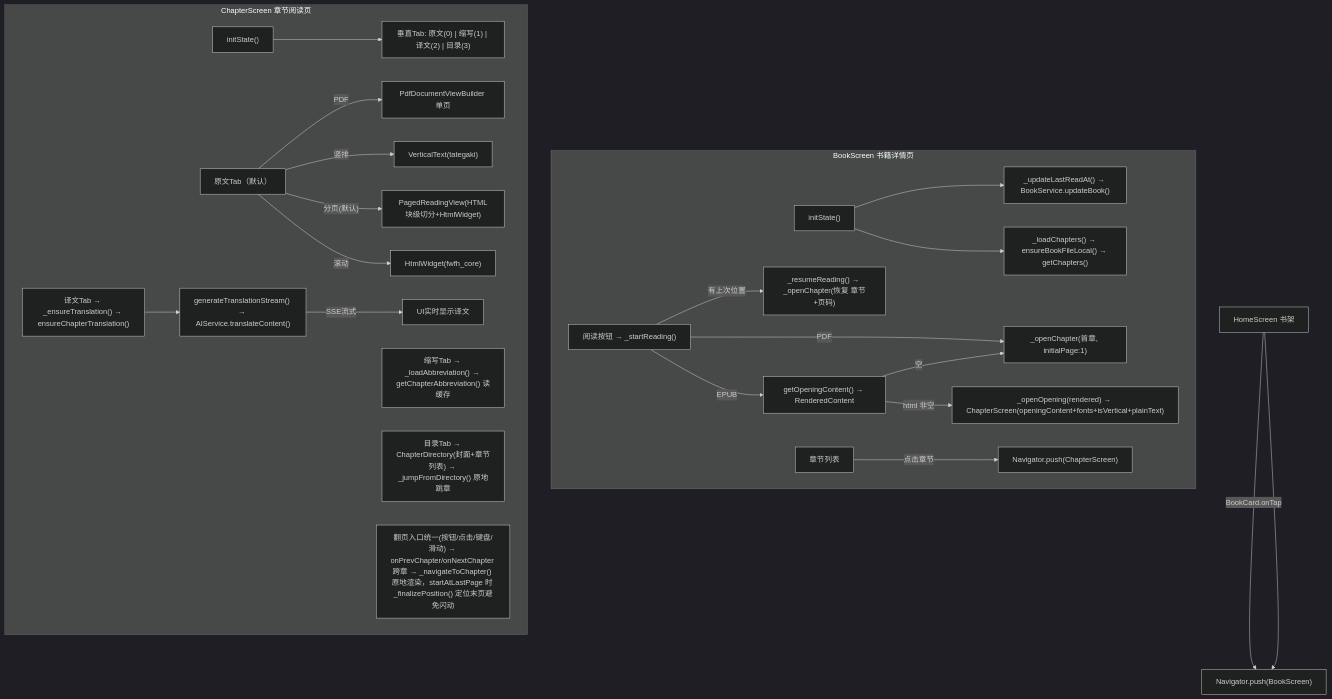
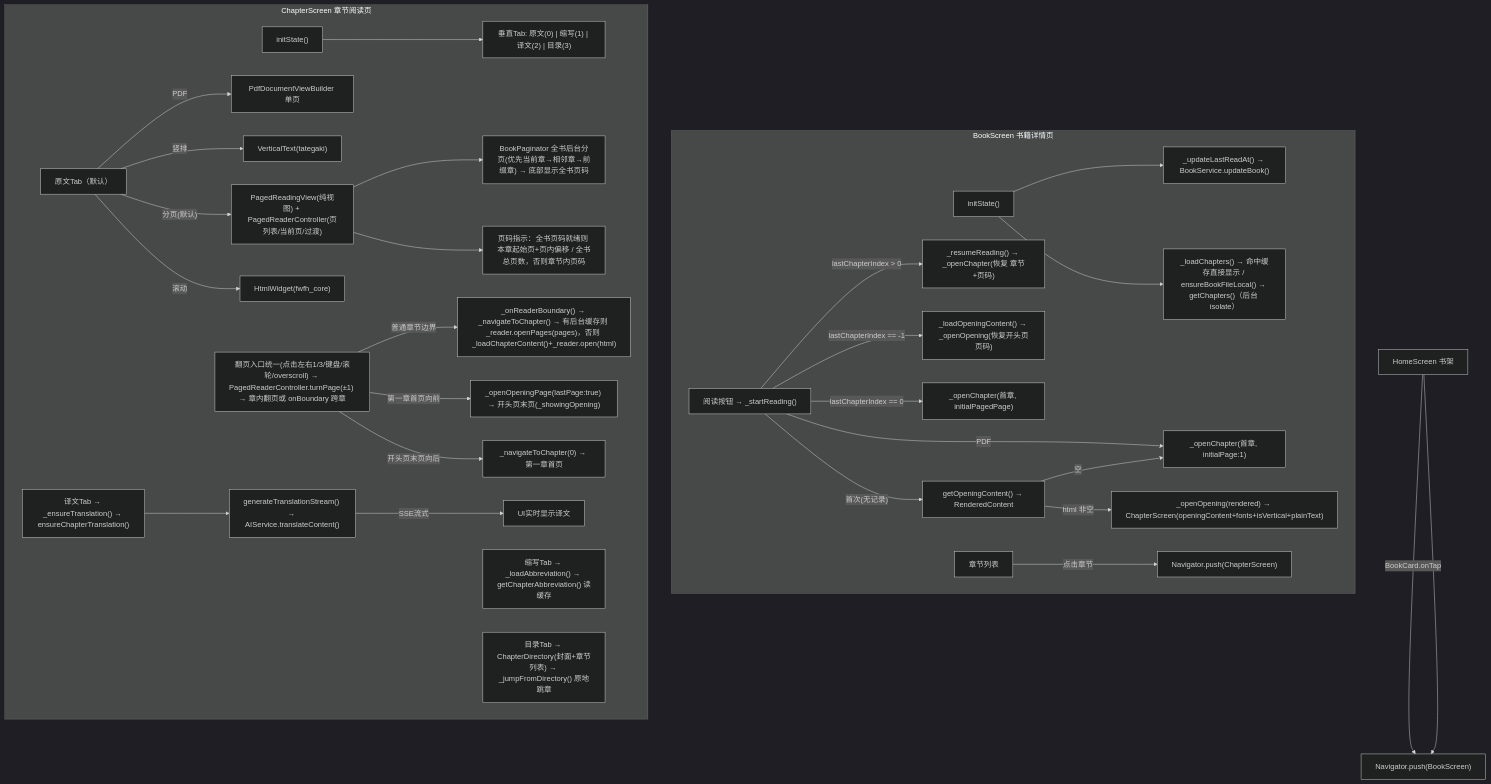
Before and after one commit to jjzhang2000/zhidu: the third of 11 diagrams in docs/function_call_relationships_visual.md, drawn with Mermaid (dark theme). The commit also changed other lines of this file and 27 other files, not shown here.

````diff
--- a/docs/function_call_relationships_visual.md
+++ b/docs/function_call_relationships_visual.md
@@ -156,34 +156,41 @@
 ```mermaid
 flowchart TD
     HOME["HomeScreen 书架"] --> |"BookCard.onTap"| BOOK_SCREEN["Navigator.push(BookScreen)"]
 
     subgraph "BookScreen 书籍详情页"
         BS_INIT["initState()"] --> LU["_updateLastReadAt() → BookService.updateBook()"]
-        BS_INIT --> EL["_loadChapters() → ensureBookFileLocal() → getChapters()"]
+        BS_INIT --> EL["_loadChapters() → 命中缓存直接显示 / ensureBookFileLocal() → getChapters()（后台 isolate）"]
         READ["阅读按钮 → _startReading()"]
-        READ --> |"有上次位置"| RESUME["_resumeReading() → _openChapter(恢复 章节+页码)"]
+        READ --> |"lastChapterIndex > 0"| RESUME["_resumeReading() → _openChapter(恢复 章节+页码)"]
+        READ --> |"lastChapterIndex == -1"| OPEN_RESUME["_loadOpeningContent() → _openOpening(恢复开头页页码)"]
+        READ --> |"lastChapterIndex == 0"| FIRST["_openChapter(首章, initialPagedPage)"]
+        READ --> |"首次(无记录)"| OPEN2["getOpeningContent() → RenderedContent"]
         READ --> |"PDF"| OPEN1["_openChapter(首章, initialPage:1)"]
-        READ --> |"EPUB"| OPEN2["getOpeningContent() → RenderedContent"]
         OPEN2 --> |"html 非空"| OPEN3["_openOpening(rendered) → ChapterScreen(openingContent+fonts+isVertical+plainText)"]
         OPEN2 --> |"空"| OPEN1
         CHAPTER_LIST["章节列表"] --> |"点击章节"| CHAPTER_SCREEN["Navigator.push(ChapterScreen)"]
     end
 
     subgraph "ChapterScreen 章节阅读页"
         CS_INIT["initState()"] --> TAB["垂直Tab: 原文(0) | 缩写(1) | 译文(2) | 目录(3)"]
         TAB_ORIG["原文Tab（默认）"]
         TAB_ORIG --> |"PDF"| ORIG_PDF["PdfDocumentViewBuilder 单页"]
         TAB_ORIG --> |"竖排"| ORIG_VERT["VerticalText(tategaki)"]
-        TAB_ORIG --> |"分页(默认)"| ORIG_PAGE["PagedReadingView(HTML块级切分+HtmlWidget)"]
+        TAB_ORIG --> |"分页(默认)"| ORIG_PAGE["PagedReadingView(纯视图) + PagedReaderController(页列表/当前页/过渡)"]
         TAB_ORIG --> |"滚动"| ORIG_SCROLL["HtmlWidget(fwfh_core)"]
+        ORIG_PAGE --> BOOKPAGE["BookPaginator 全书后台分页(优先当前章→相邻章→前缀章) → 底部显示全书页码"]
+        ORIG_PAGE --> INDICATOR["页码指示：全书页码就绪则 本章起始页+页内偏移 / 全书总页数，否则章节内页码"]
         TAB_ABBR["缩写Tab → _loadAbbreviation() → getChapterAbbreviation() 读缓存"]
         TAB_TRANS["译文Tab → _ensureTranslation() → ensureChapterTranslation()"]
         TAB_TOC["目录Tab → ChapterDirectory(封面+章节列表) → _jumpFromDirectory() 原地跳章"]
-        NAV["翻页入口统一(按钮/点击/键盘/滑动) → onPrevChapter/onNextChapter 跨章 → _navigateToChapter() 原地渲染，startAtLastPage 时 _finalizePosition() 定位末页避免闪动"]
+        NAV["翻页入口统一(点击左右1/3/键盘/滚轮/overscroll) → PagedReaderController.turnPage(±1) → 章内翻页或 onBoundary 跨章"]
+        NAV --> |"普通章节边界"| NAV2["_onReaderBoundary() → _navigateToChapter() → 有后台缓存则 _reader.openPages(pages)，否则 _loadChapterContent()+_reader.open(html)"]
+        NAV --> |"第一章首页向前"| NAV3["_openOpeningPage(lastPage:true) → 开头页末页(_showingOpening)"]
+        NAV --> |"开头页末页向后"| NAV4["_navigateToChapter(0) → 第一章首页"]
 
         TAB_TRANS --> TRANS["generateTranslationStream() → AIService.translateContent()"]
         TRANS --> |"SSE流式"| TRANS_UI["UI实时显示译文"]
     end
 
     HOME --> BOOK_SCREEN
 ```
````
